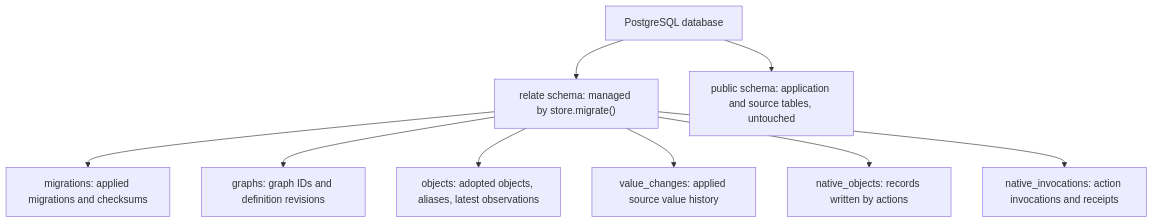
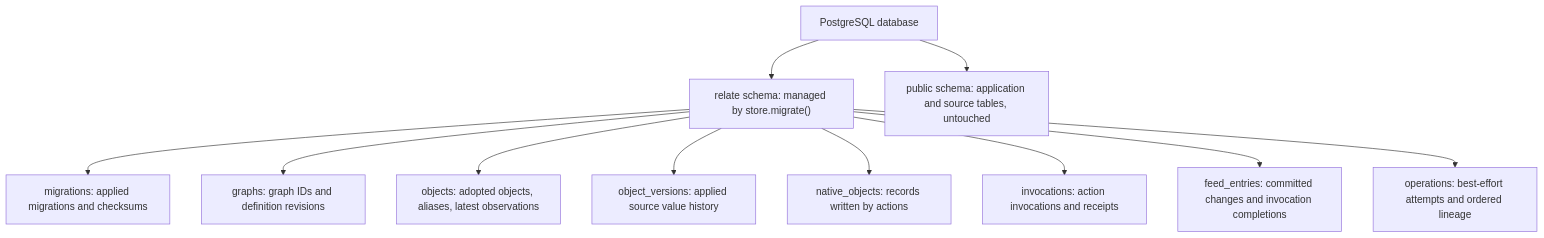
Before and after one commit to relatehq/relate: the diagram in apps/docs/content/deployment/postgres.md, drawn with Mermaid. The commit also changed 68 other files, not shown here.

````diff
--- a/apps/docs/content/deployment/postgres.md
+++ b/apps/docs/content/deployment/postgres.md
@@ -24,11 +24,13 @@
 ```mermaid
 flowchart TD
   database["PostgreSQL database"] --> relate["relate schema: managed by store.migrate()"]
   database --> public["public schema: application and source tables, untouched"]
   relate --> migrations["migrations: applied migrations and checksums"]
   relate --> graphs["graphs: graph IDs and definition revisions"]
   relate --> objects["objects: adopted objects, aliases, latest observations"]
-  relate --> changes["value_changes: applied source value history"]
+  relate --> changes["object_versions: applied source value history"]
   relate --> native["native_objects: records written by actions"]
-  relate --> invocations["native_invocations: action invocations and receipts"]
+  relate --> invocations["invocations: action invocations and receipts"]
+  relate --> feed["feed_entries: committed changes and invocation completions"]
+  relate --> operations["operations: best-effort attempts and ordered lineage"]
 ```
````
